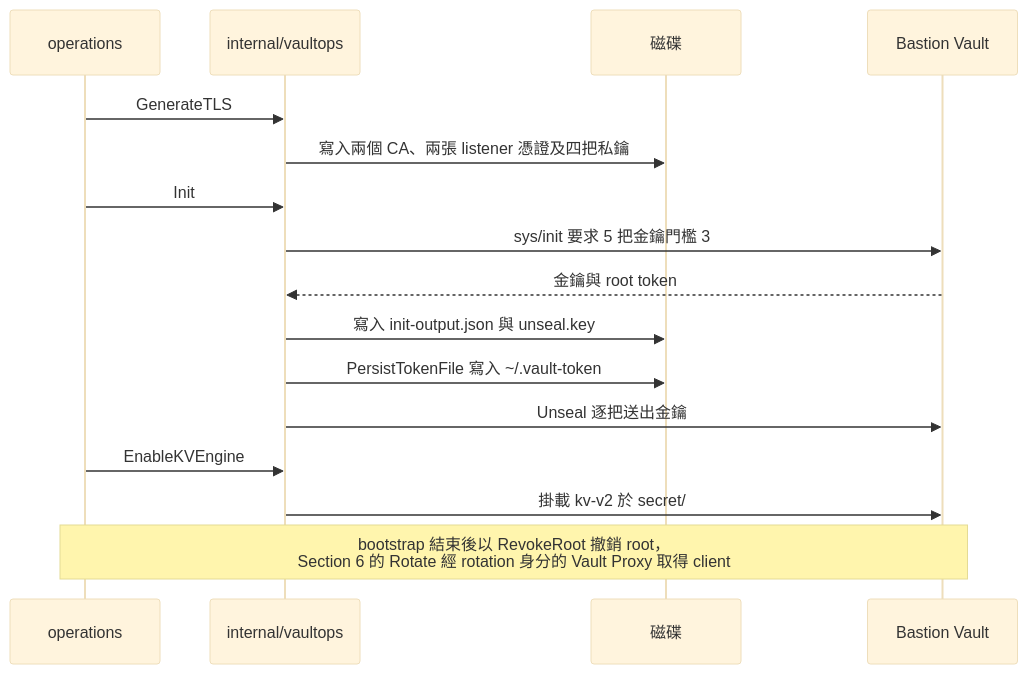
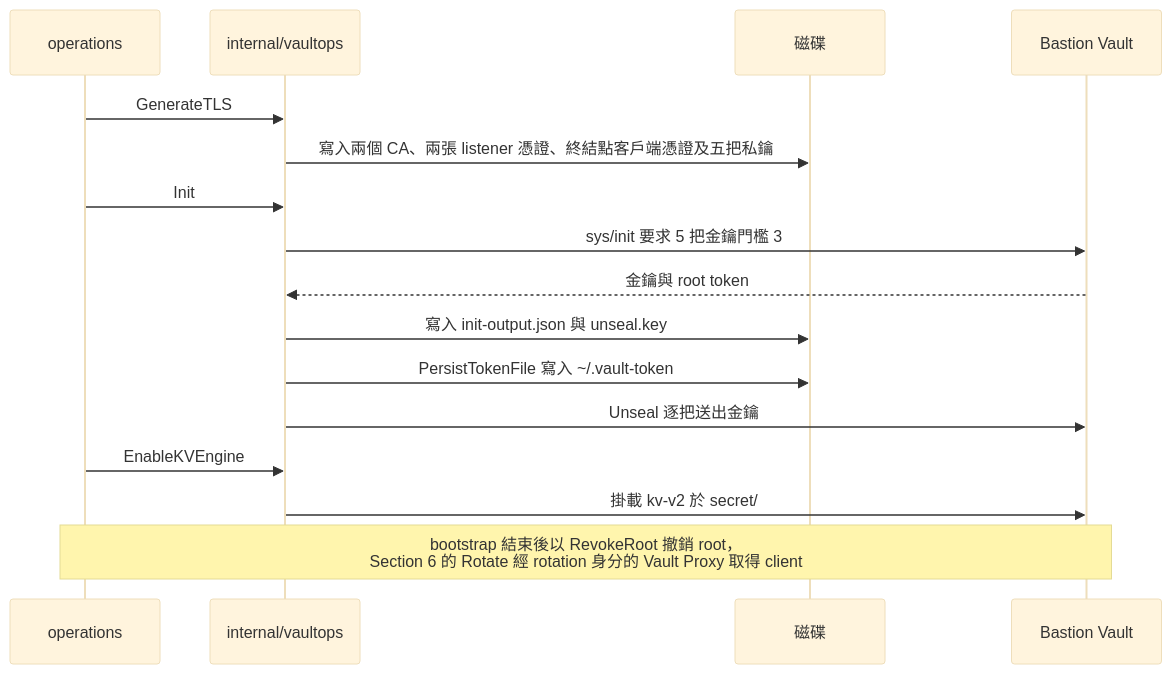
Before and after one commit to csning1998/parent-group-governance: the third of 3 diagrams in tools/governance/README.md, drawn with Mermaid (base theme). The commit also changed other lines of this file and 16 other files, not shown here.

````diff
--- a/tools/governance/README.md
+++ b/tools/governance/README.md
@@ -637,22 +637,22 @@
 ```mermaid
 sequenceDiagram
     participant Op as operations
     participant VaultOps as internal/vaultops
     participant Disk as 磁碟
     participant Vault as Bastion Vault
 
     Op->>VaultOps: GenerateTLS
-    VaultOps->>Disk: 寫入兩個 CA、兩張 listener 憑證及四把私鑰
+    VaultOps->>Disk: 寫入兩個 CA、兩張 listener 憑證、終結點客戶端憑證及五把私鑰
 
     Op->>VaultOps: Init
     VaultOps->>Vault: sys/init 要求 5 把金鑰門檻 3
     Vault-->>VaultOps: 金鑰與 root token
     VaultOps->>Disk: 寫入 init-output.json 與 unseal.key
     VaultOps->>Disk: PersistTokenFile 寫入 ~/.vault-token
     VaultOps->>Vault: Unseal 逐把送出金鑰
 
     Op->>VaultOps: EnableKVEngine
     VaultOps->>Vault: 掛載 kv-v2 於 secret/
 
     Note over Op,Vault: bootstrap 結束後以 RevokeRoot 撤銷 root，<br/>Section 6 的 Rotate 經 rotation 身分的 Vault Proxy 取得 client
 ```
````
